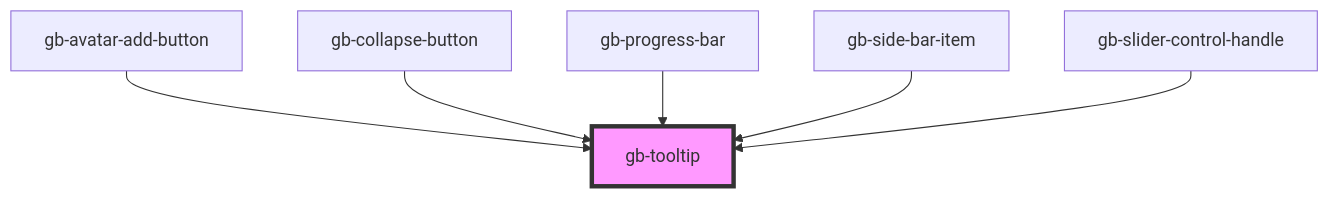
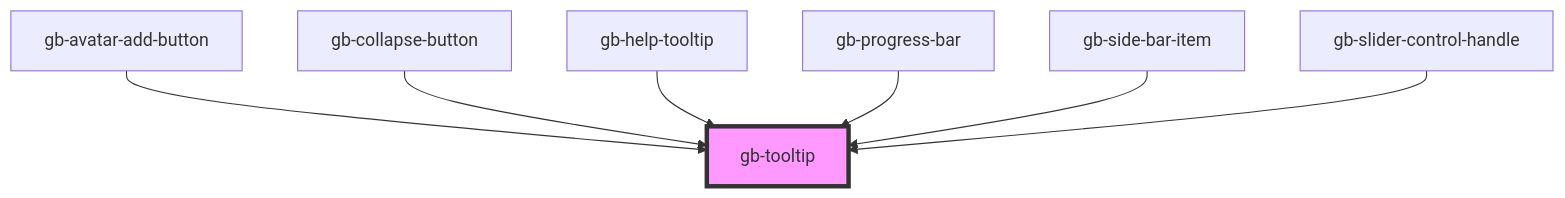
One commit to Emmanuel1858/globusComponent changed the diagram in src/components/gb-tooltip/readme.md. Above: the diagram before and after it, drawn with Mermaid. The commit also changed other lines of this file and 34 other files, not shown here.

````diff
--- a/src/components/gb-tooltip/readme.md
+++ b/src/components/gb-tooltip/readme.md
@@ -28,9 +29,10 @@
 ```mermaid
 graph TD;
   gb-avatar-add-button --> gb-tooltip
   gb-collapse-button --> gb-tooltip
+  gb-help-tooltip --> gb-tooltip
   gb-progress-bar --> gb-tooltip
   gb-side-bar-item --> gb-tooltip
   gb-slider-control-handle --> gb-tooltip
   style gb-tooltip fill:#f9f,stroke:#333,stroke-width:4px
 ```
````
